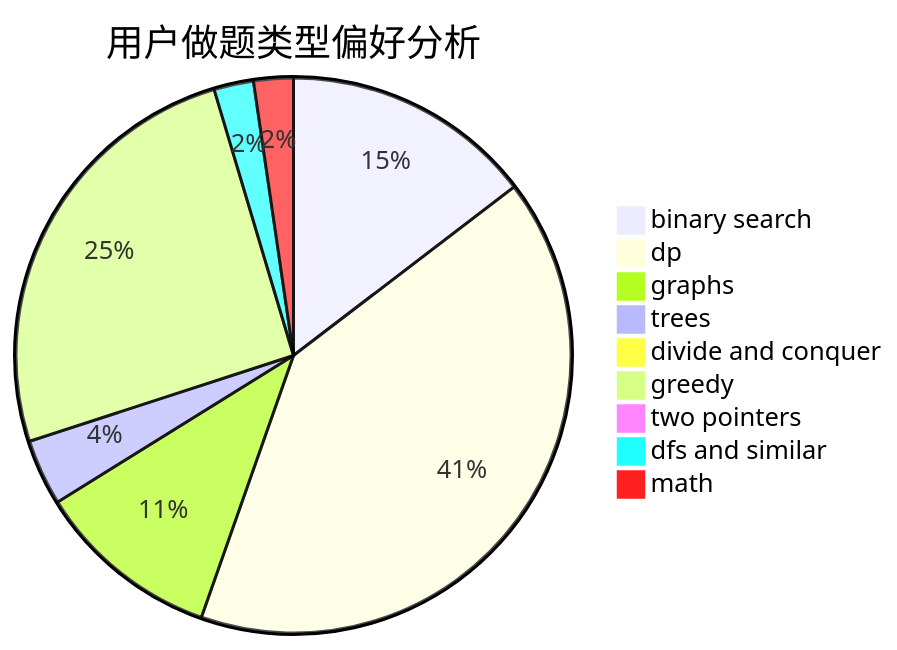
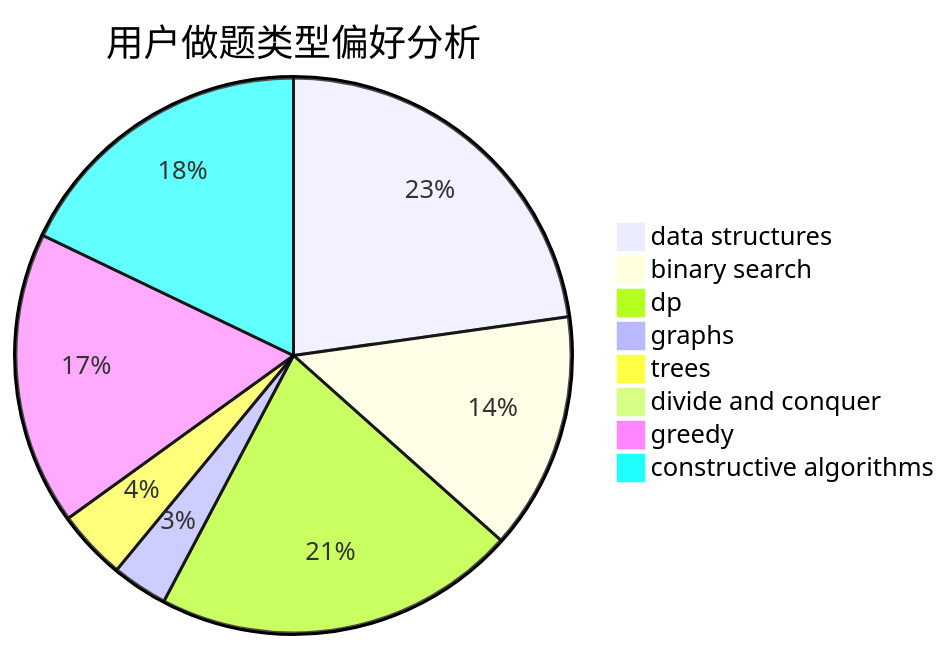
One commit to sherpahu/cfrs.github.io changed the second of 3 diagrams in docs/user/u1798.md. Above: the diagram before and after it, drawn with Mermaid. The commit also changed other lines of this file and 2775 other files, not shown here.

````diff
--- a/docs/user/u1798.md
+++ b/docs/user/u1798.md
@@ -23,12 +23,11 @@
 ```mermaid
 pie title 用户做题类型偏好分析
-    "binary search" :  19
-    "dp" :  53
-    "graphs" :  14
+    "data structures" :  28
+    "binary search" :  17
+    "dp" :  26
+    "graphs" :  4
     "trees" :  5
     "divide and conquer" :  0
-    "greedy" :  33
-    "two pointers" :  0
-    "dfs and similar" :  3
-    "math" :  3
+    "greedy" :  21
+    "constructive algorithms" :  22
 ```
````
